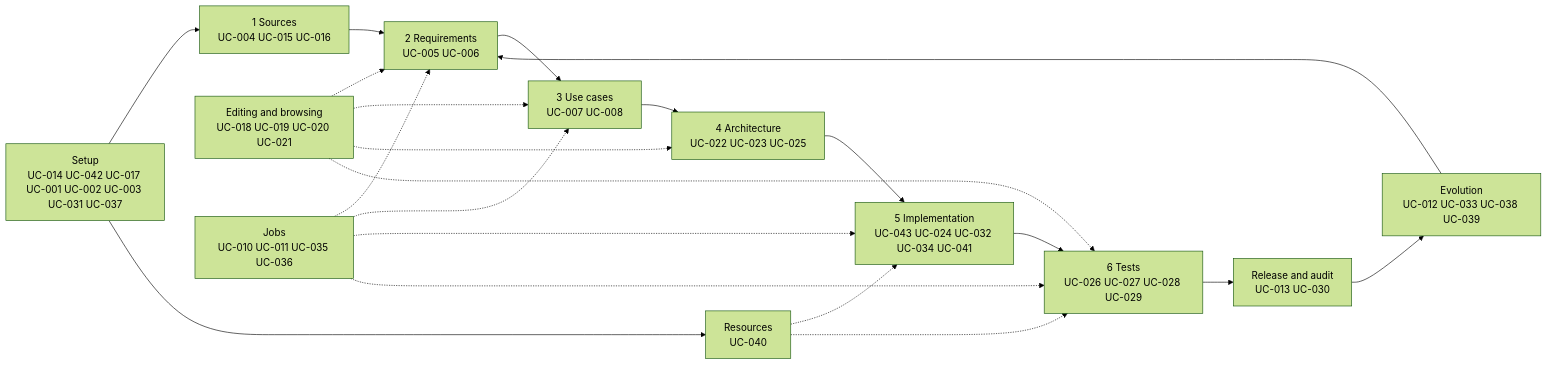
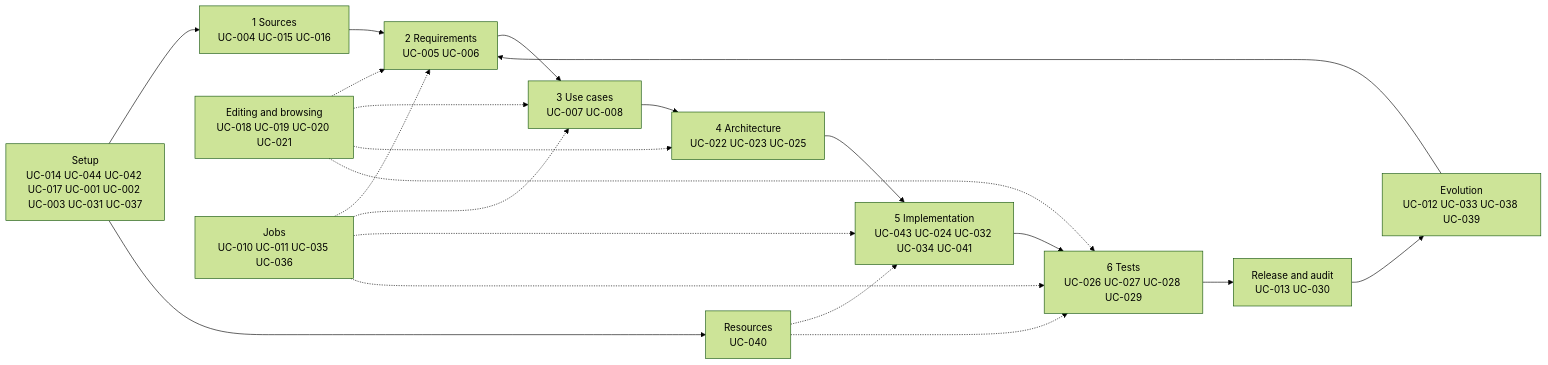
One commit to akmaier/agent-m changed the diagram in docs/use-cases/README.md. Above: the diagram before and after it, drawn with Mermaid (forest theme). The commit also changed other lines of this file and 10 other files, not shown here.

````diff
--- a/docs/use-cases/README.md
+++ b/docs/use-cases/README.md
@@ -117,16 +118,16 @@
 ```mermaid
 flowchart LR
-    S[Setup<br/>UC-014 UC-042 UC-017 UC-001 UC-002 UC-003 UC-031 UC-037] --> Q[1 Sources<br/>UC-004 UC-015 UC-016]
+    S[Setup<br/>UC-014 UC-044 UC-042 UC-017 UC-001 UC-002 UC-003 UC-031 UC-037] --> Q[1 Sources<br/>UC-004 UC-015 UC-016]
     S --> RES[Resources<br/>UC-040]
     Q --> R[2 Requirements<br/>UC-005 UC-006]
     R --> U[3 Use cases<br/>UC-007 UC-008]
     U --> A[4 Architecture<br/>UC-022 UC-023 UC-025]
     A --> I[5 Implementation<br/>UC-043 UC-024 UC-032 UC-034 UC-041]
     I --> T[6 Tests<br/>UC-026 UC-027 UC-028 UC-029]
     T --> REL[Release and audit<br/>UC-013 UC-030]
     REL --> E[Evolution<br/>UC-012 UC-033 UC-038 UC-039]
     E --> R
     ED[Editing and browsing<br/>UC-018 UC-019 UC-020 UC-021] -.-> R & U & A & T
     J[Jobs<br/>UC-010 UC-011 UC-035 UC-036] -.-> R & U & I & T
     RES -.-> I & T
 ```
````
